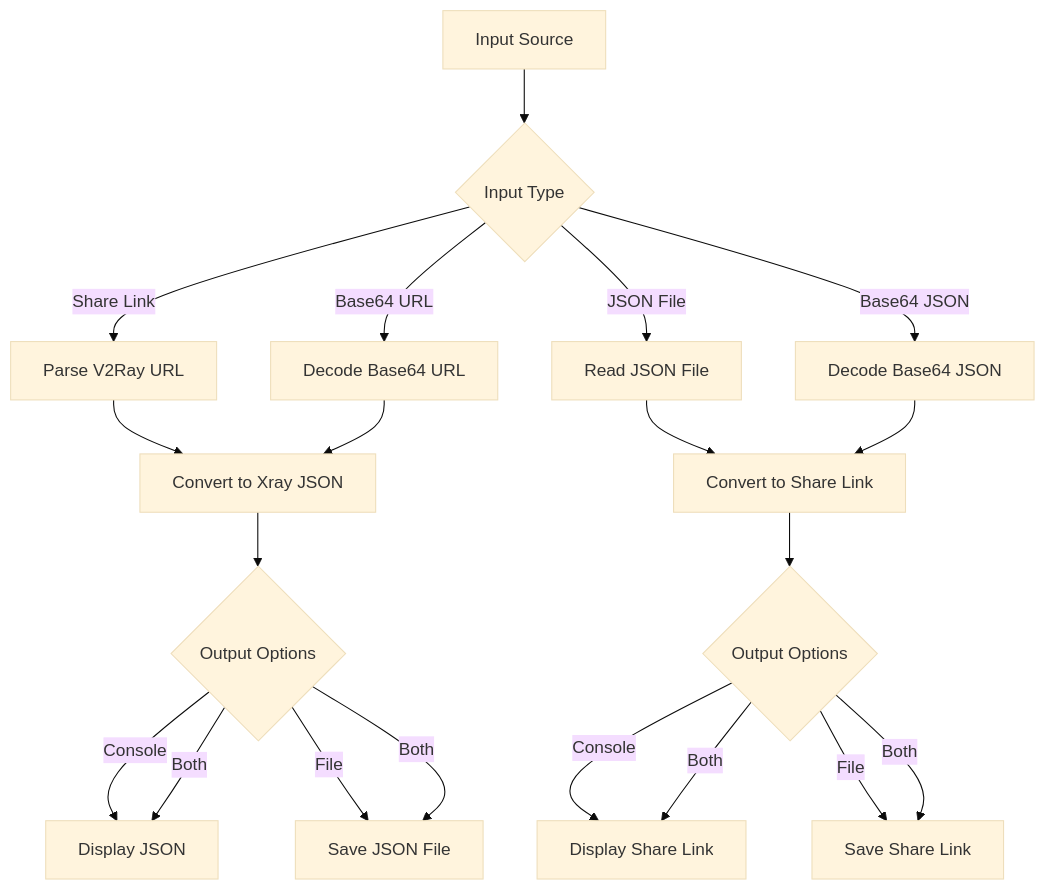
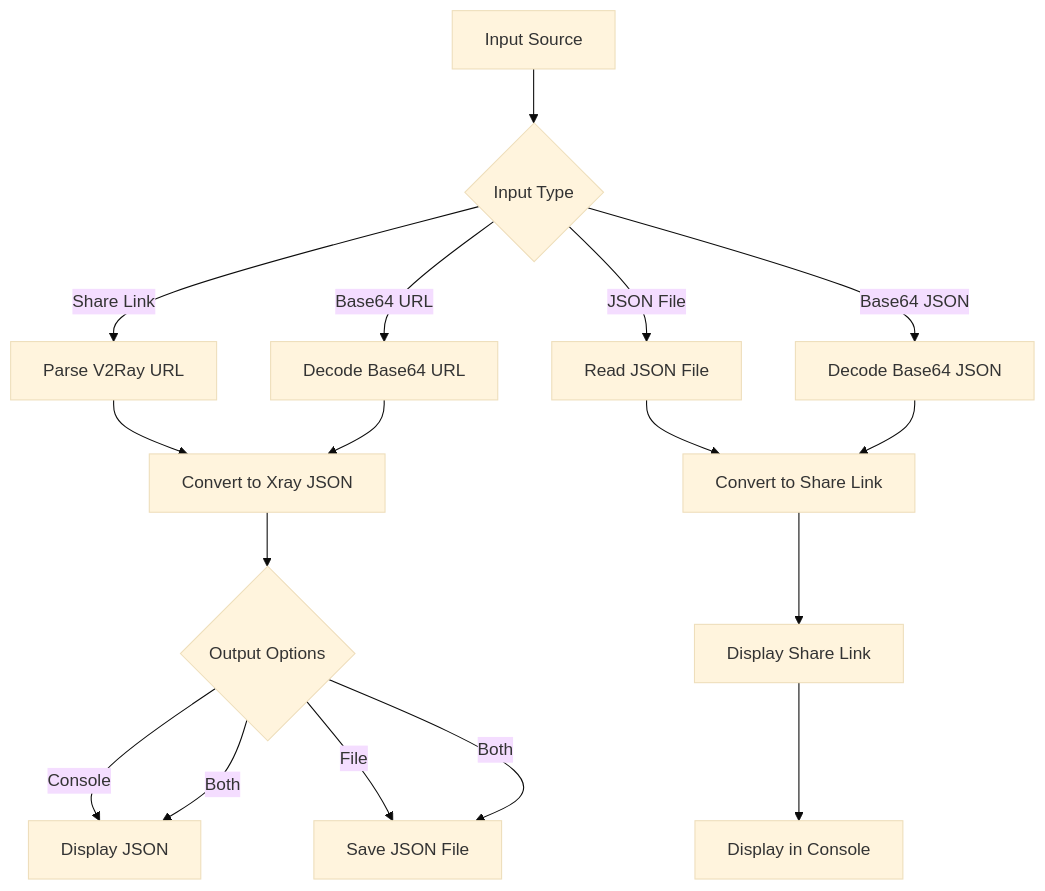
Before and after one commit to code3-dev/x2j: the diagram in README.md, drawn with Mermaid (base theme). The commit also changed other lines of this file, not shown here.

````diff
--- a/README.md
+++ b/README.md
@@ -96,26 +99,23 @@
 ```mermaid
 graph TD
     A[Input Source] --> B{Input Type}
     B -->|Share Link| C[Parse V2Ray URL]
     B -->|JSON File| D[Read JSON File]
     B -->|Base64 JSON| E[Decode Base64 JSON]
     B -->|Base64 URL| F[Decode Base64 URL]
     
     C --> G[Convert to Xray JSON]
     D --> H[Convert to Share Link]
     E --> H
     F --> G
     
     G --> I{Output Options}
-    H --> J{Output Options}
+    H --> J[Display Share Link]
     
     I -->|Console| K[Display JSON]
     I -->|File| L[Save JSON File]
     I -->|Both| K
     I -->|Both| L
     
-    J -->|Console| M[Display Share Link]
-    J -->|File| N[Save Share Link]
-    J -->|Both| M
-    J -->|Both| N
+    J --> M[Display in Console]
 ```
````
